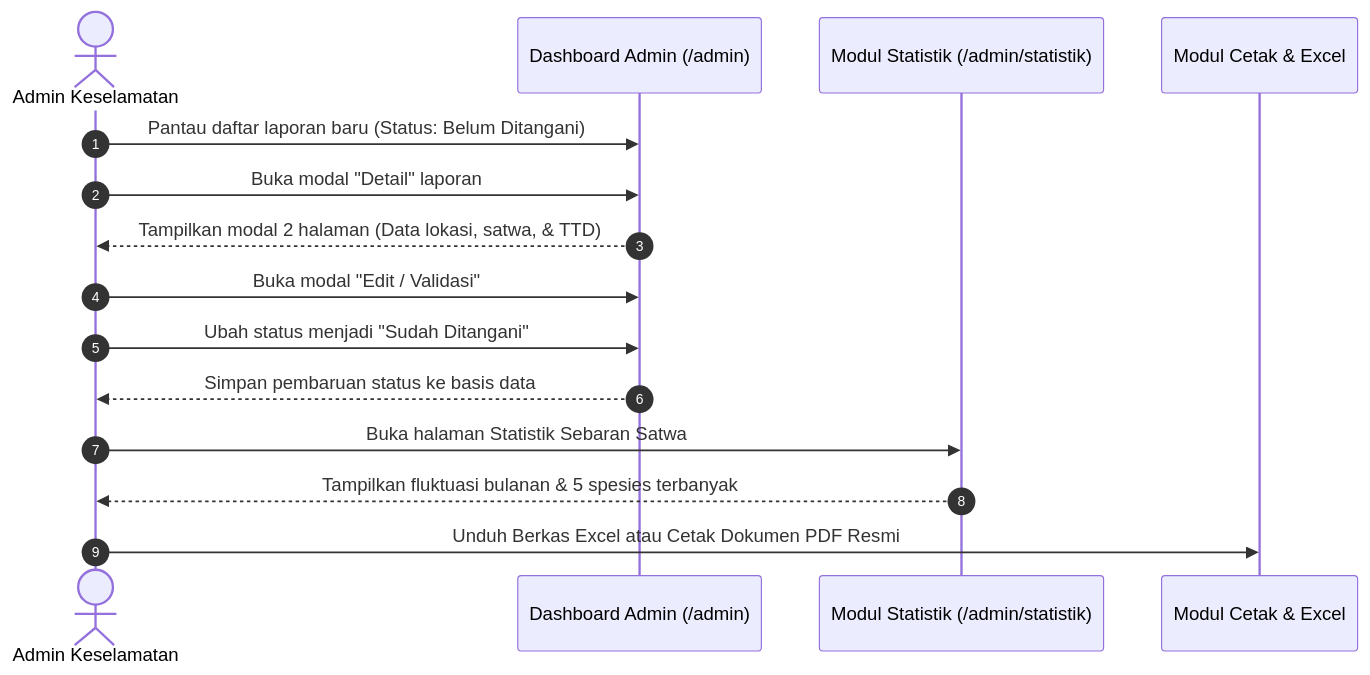
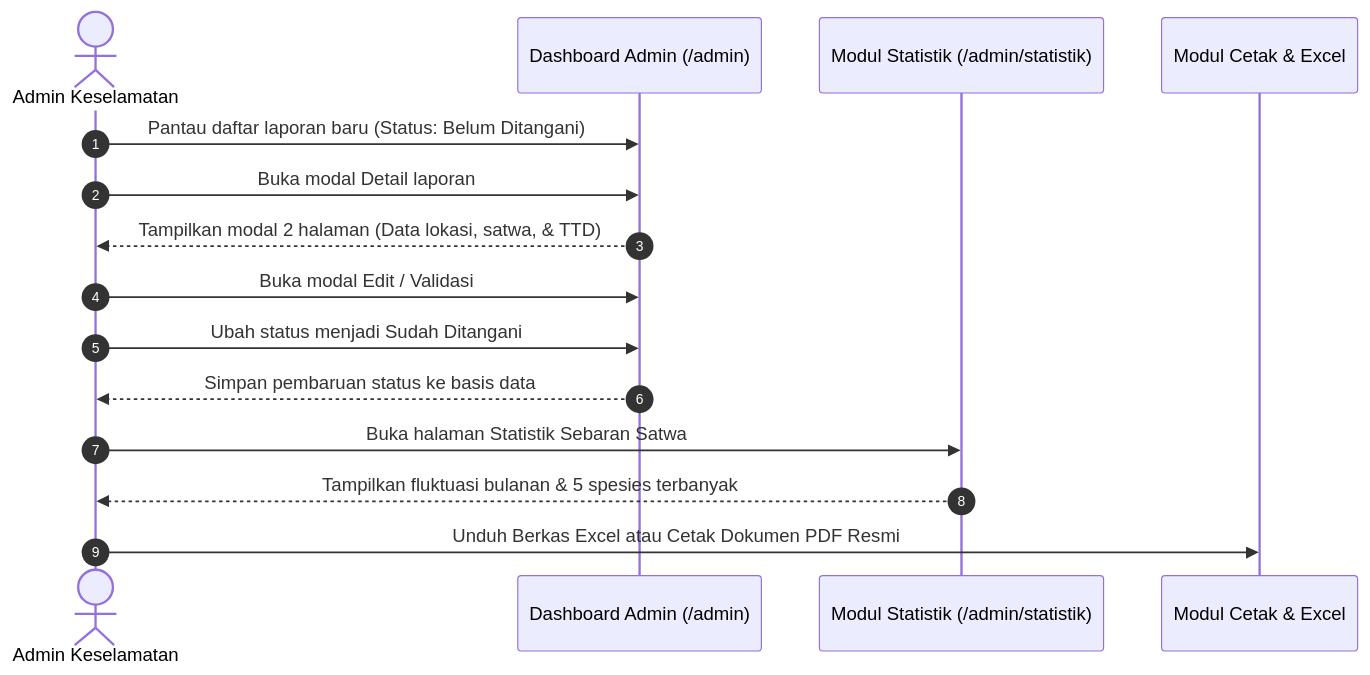
Before and after one commit to IhsannulF/Wildlife-Hazard-Management-Logbook-System-AngkasaPura: the fifth of 5 diagrams in prd.md, drawn with Mermaid. The commit also changed other lines of this file, not shown here.

Commit message:
fix(docs): fix Mermaid diagram syntax errors for GitHub renderer in prd.md

````diff
--- a/prd.md
+++ b/prd.md
@@ -359,18 +359,18 @@
 ```mermaid
 sequenceDiagram
     autonumber
     actor Admin as Admin Keselamatan
     participant Web as Dashboard Admin (/admin)
     participant Stat as Modul Statistik (/admin/statistik)
     participant Rep as Modul Cetak & Excel
 
     Admin->>Web: Pantau daftar laporan baru (Status: Belum Ditangani)
-    Admin->>Web: Buka modal "Detail" laporan #ID
+    Admin->>Web: Buka modal Detail laporan
     Web-->>Admin: Tampilkan modal 2 halaman (Data lokasi, satwa, & TTD)
-    Admin->>Web: Buka modal "Edit / Validasi"
-    Admin->>Web: Ubah status menjadi "Sudah Ditangani"
+    Admin->>Web: Buka modal Edit / Validasi
+    Admin->>Web: Ubah status menjadi Sudah Ditangani
     Web-->>Admin: Simpan pembaruan status ke basis data
     Admin->>Stat: Buka halaman Statistik Sebaran Satwa
     Stat-->>Admin: Tampilkan fluktuasi bulanan & 5 spesies terbanyak
     Admin->>Rep: Unduh Berkas Excel atau Cetak Dokumen PDF Resmi
 ```
````
